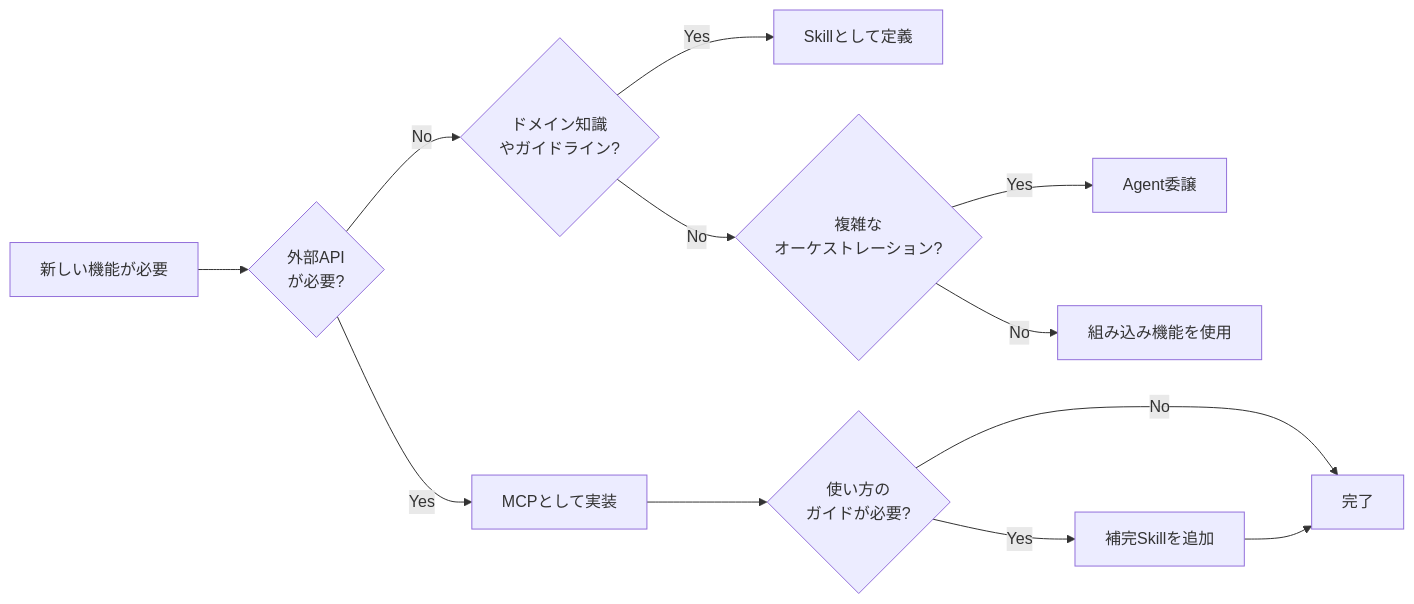
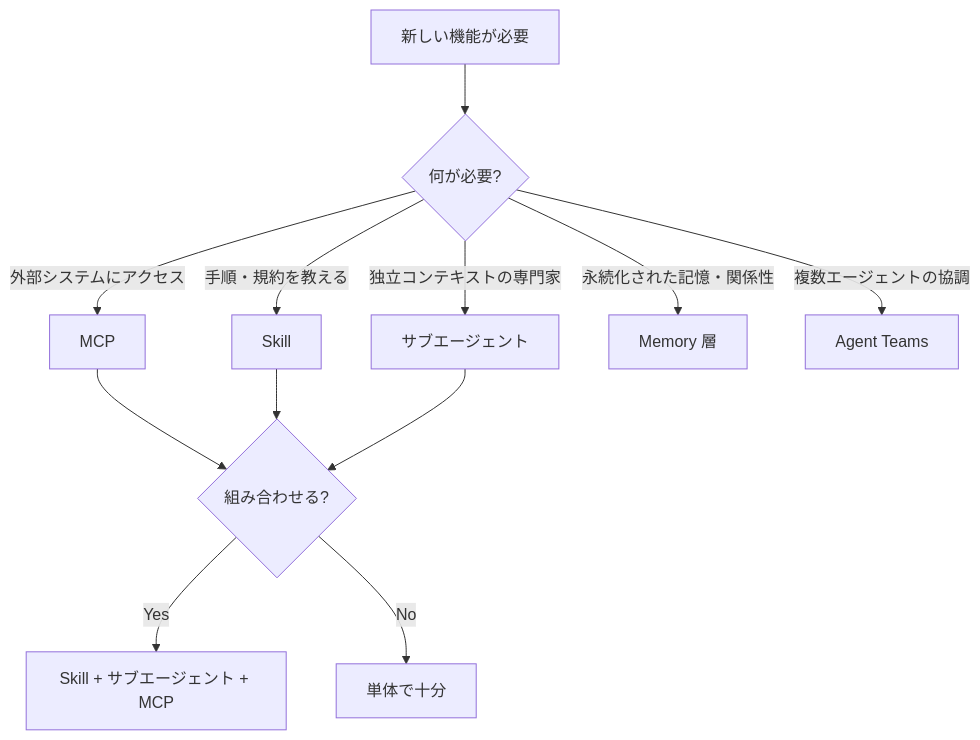
Before and after one commit to shuji-bonji/ai-agent-architecture: the diagram in README.ja.md, drawn with Mermaid. The commit also changed other lines of this file and 2 other files, not shown here.

````diff
--- a/README.ja.md
+++ b/README.ja.md
@@ -59,15 +77,15 @@
 ```mermaid
-flowchart LR
-    START[新しい機能が必要] --> Q1{外部API<br/>が必要?}
-    Q1 -->|Yes| MCP[MCPとして実装]
-    Q1 -->|No| Q2{ドメイン知識<br/>やガイドライン?}
-    Q2 -->|Yes| SKILL[Skillとして定義]
-    Q2 -->|No| Q3{複雑な<br/>オーケストレーション?}
-    Q3 -->|Yes| AGENT[Agent委譲]
-    Q3 -->|No| BUILTIN[組み込み機能を使用]
+flowchart TD
+    START[新しい機能が必要] --> Q1{何が必要?}
+    Q1 -->|外部システムにアクセス| MCP[MCP]
+    Q1 -->|手順・規約を教える| SKILL[Skill]
+    Q1 -->|独立コンテキストの専門家| SUB[サブエージェント]
+    Q1 -->|永続化された記憶・関係性| MEM[Memory 層]
+    Q1 -->|複数エージェントの協調| TEAM[Agent Teams]
 
-    MCP --> COMBINE{使い方の<br/>ガイドが必要?}
-    COMBINE -->|Yes| SKILL_PLUS[補完Skillを追加]
-    COMBINE -->|No| DONE[完了]
-    SKILL_PLUS --> DONE
+    MCP --> COMBINE{組み合わせる?}
+    SKILL --> COMBINE
+    SUB --> COMBINE
+    COMBINE -->|Yes| MIX[Skill + サブエージェント + MCP]
+    COMBINE -->|No| SOLO[単体で十分]
 ```
````
